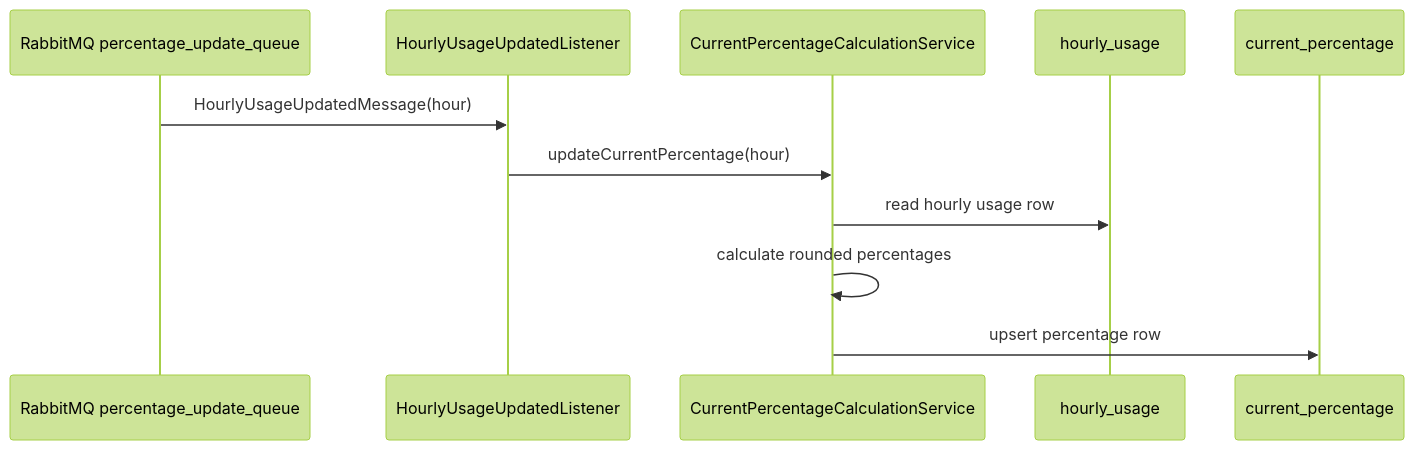
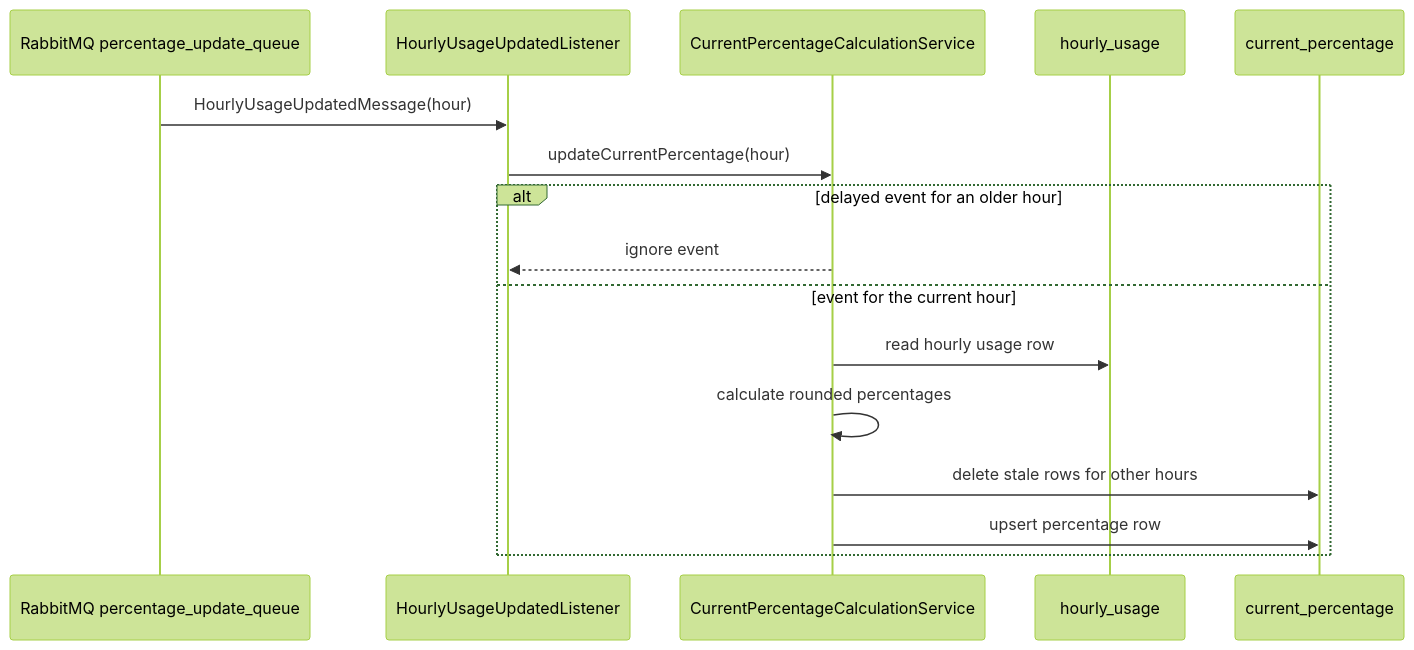
One commit to Dev02Liu/energy_community_project changed the second of 2 diagrams in docs/modules-documentation/percentage-service.md. Above: the diagram before and after it, drawn with Mermaid (forest theme). The commit also changed other lines of this file and 45 other files, not shown here.

````diff
--- a/docs/modules-documentation/percentage-service.md
+++ b/docs/modules-documentation/percentage-service.md
@@ -86,14 +84,19 @@
 ```mermaid
 sequenceDiagram
     participant Q as RabbitMQ percentage_update_queue
     participant L as HourlyUsageUpdatedListener
     participant S as CurrentPercentageCalculationService
     participant HU as hourly_usage
     participant CP as current_percentage
 
     Q->>L: HourlyUsageUpdatedMessage(hour)
     L->>S: updateCurrentPercentage(hour)
+    alt delayed event for an older hour
+        S-->>L: ignore event
+    else event for the current hour
     S->>HU: read hourly usage row
     S->>S: calculate rounded percentages
+    S->>CP: delete stale rows for other hours
     S->>CP: upsert percentage row
+    end
 ```
````
